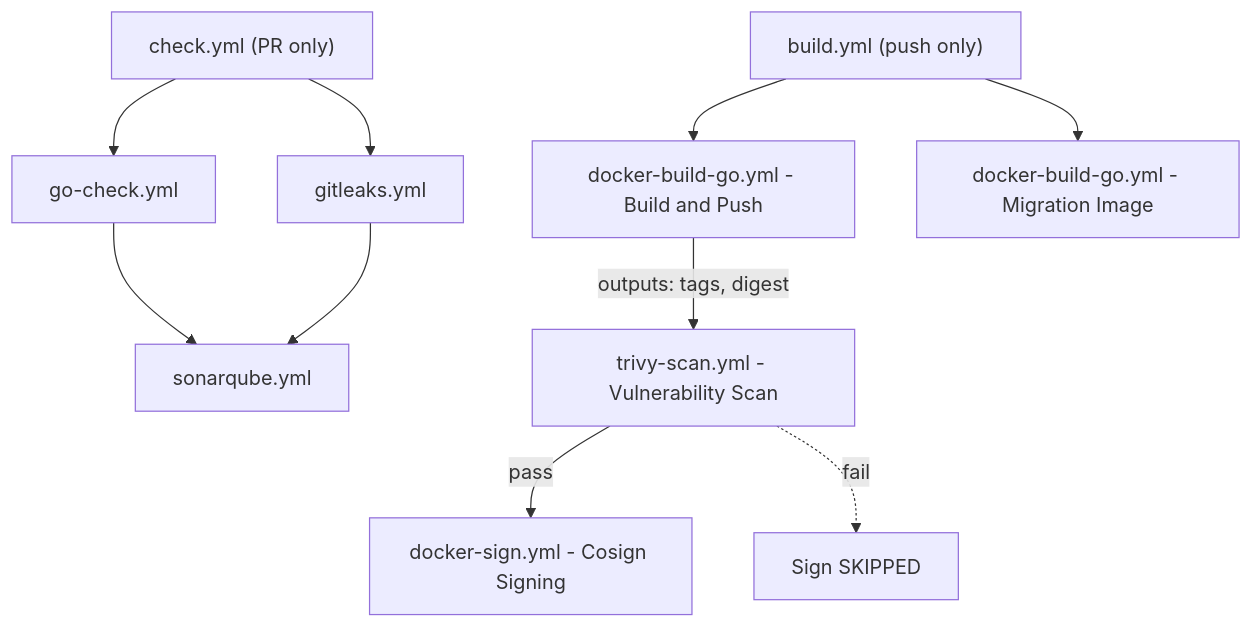
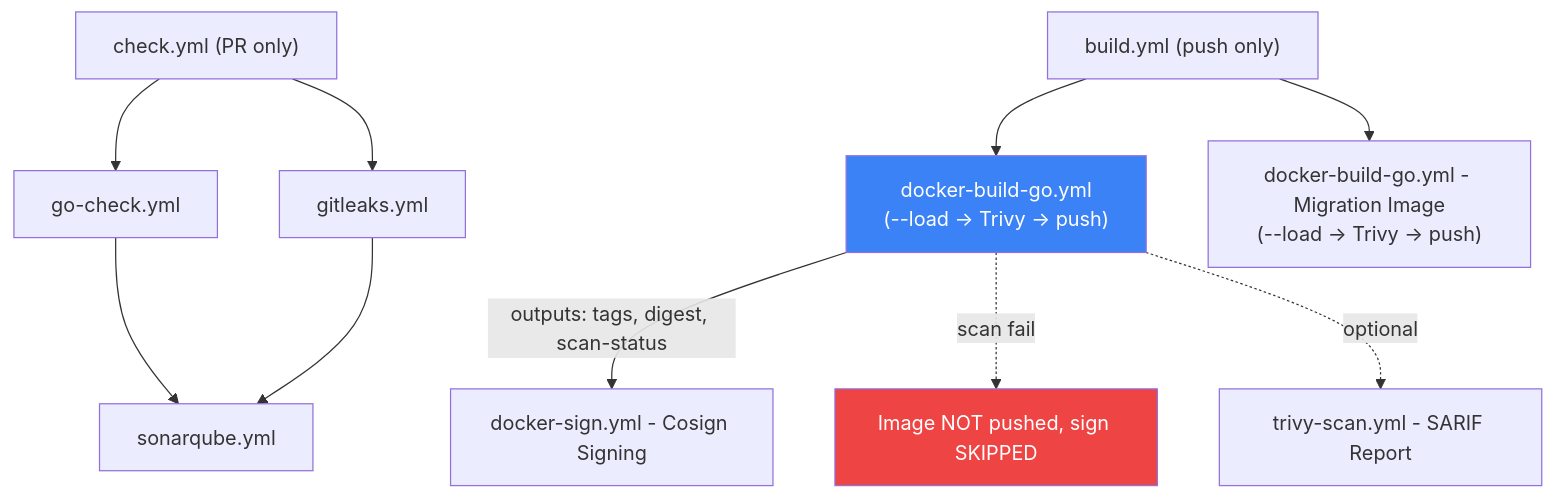
Before and after one commit to duynhlab/homelab: the ninth of 12 diagrams in docs/platform/cicd.md, drawn with Mermaid. The commit also changed other lines of this file and 56 other files, not shown here.

````diff
--- a/docs/platform/cicd.md
+++ b/docs/platform/cicd.md
@@ -350,13 +423,16 @@
 ```mermaid
 flowchart TD
   CheckCaller["check.yml (PR only)"] --> GoCheck["go-check.yml"]
   CheckCaller --> Gitleaks["gitleaks.yml"]
   GoCheck --> Sonar["sonarqube.yml"]
   Gitleaks --> Sonar
 
-  BuildCaller["build.yml (push only)"] --> Build[docker-build-go.yml - Build and Push]
-  Build -->|"outputs: tags, digest"| Scan[trivy-scan.yml - Vulnerability Scan]
-  Scan -->|"pass"| Sign[docker-sign.yml - Cosign Signing]
-  Scan -.->|"fail"| Skip["Sign SKIPPED"]
-  BuildCaller --> DbInit[docker-build-go.yml - Migration Image]
+  BuildCaller["build.yml (push only)"] --> Build["docker-build-go.yml<br/>(--load → Trivy → push)"]
+  Build -->|"outputs: tags, digest, scan-status"| Sign[docker-sign.yml - Cosign Signing]
+  Build -.->|"scan fail"| Skip["Image NOT pushed, sign SKIPPED"]
+  Build -.->|"optional"| Report["trivy-scan.yml - SARIF Report"]
+  BuildCaller --> DbInit["docker-build-go.yml - Migration Image<br/>(--load → Trivy → push)"]
+
+  style Build fill:#3b82f6,color:#fff
+  style Skip fill:#ef4444,color:#fff
 ```
````
